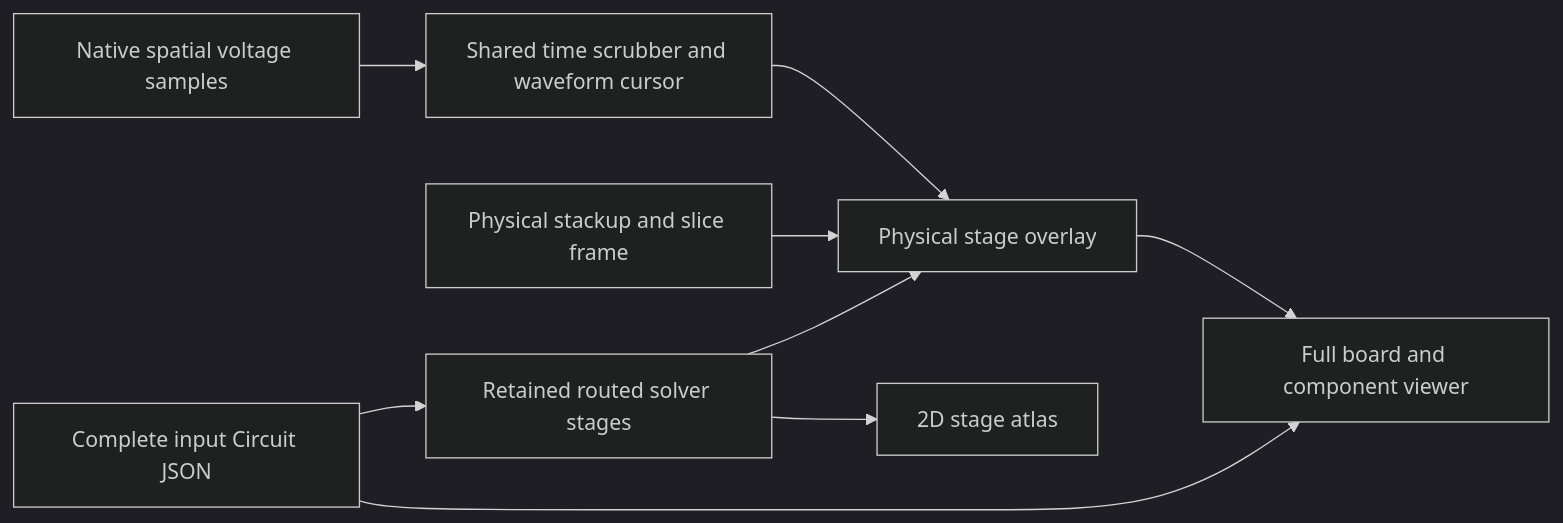
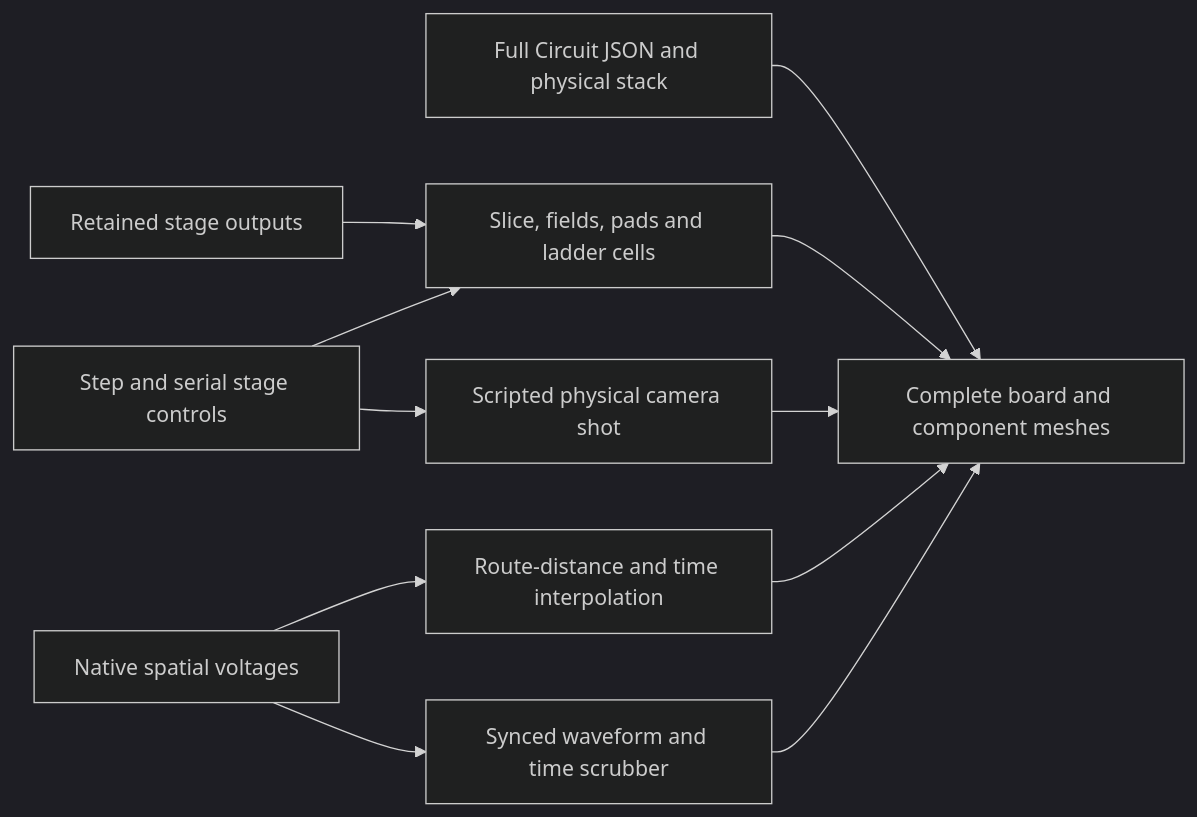
One commit to tscircuit/pcb-spice-pipeline changed the eighth of 8 diagrams in docs/ARCHITECTURE.md. Above: the diagram before and after it, drawn with Mermaid (dark theme). The commit also changed other lines of this file and 65 other files, not shown here.

First line of the commit message:
Remove 2D stage rendering; drive the 3D scene from our own stage table

````diff
--- a/docs/ARCHITECTURE.md
+++ b/docs/ARCHITECTURE.md
@@ -325,11 +340,13 @@
 ```mermaid
 flowchart LR
-  circuit[Complete input Circuit JSON] --> viewer[Full board and component viewer]
-  circuit --> stages[Retained routed solver stages]
-  stages --> atlas[2D stage atlas]
-  stages --> overlay[Physical stage overlay]
-  stack[Physical stackup and slice frame] --> overlay
-  overlay --> viewer
-  capture[Native spatial voltage samples] --> time[Shared time scrubber and waveform cursor]
-  time --> overlay
+  circuit[Full Circuit JSON and physical stack] --> scene[Complete board and component meshes]
+  outputs[Retained stage outputs] --> marks[Slice, fields, pads and ladder cells]
+  step[Step and serial stage controls] --> marks
+  step --> camera[Scripted physical camera shot]
+  marks --> scene
+  camera --> scene
+  native[Native spatial voltages] --> arc[Route-distance and time interpolation]
+  arc --> scene
+  native --> waveform[Synced waveform and time scrubber]
+  waveform --> scene
 ```
````
